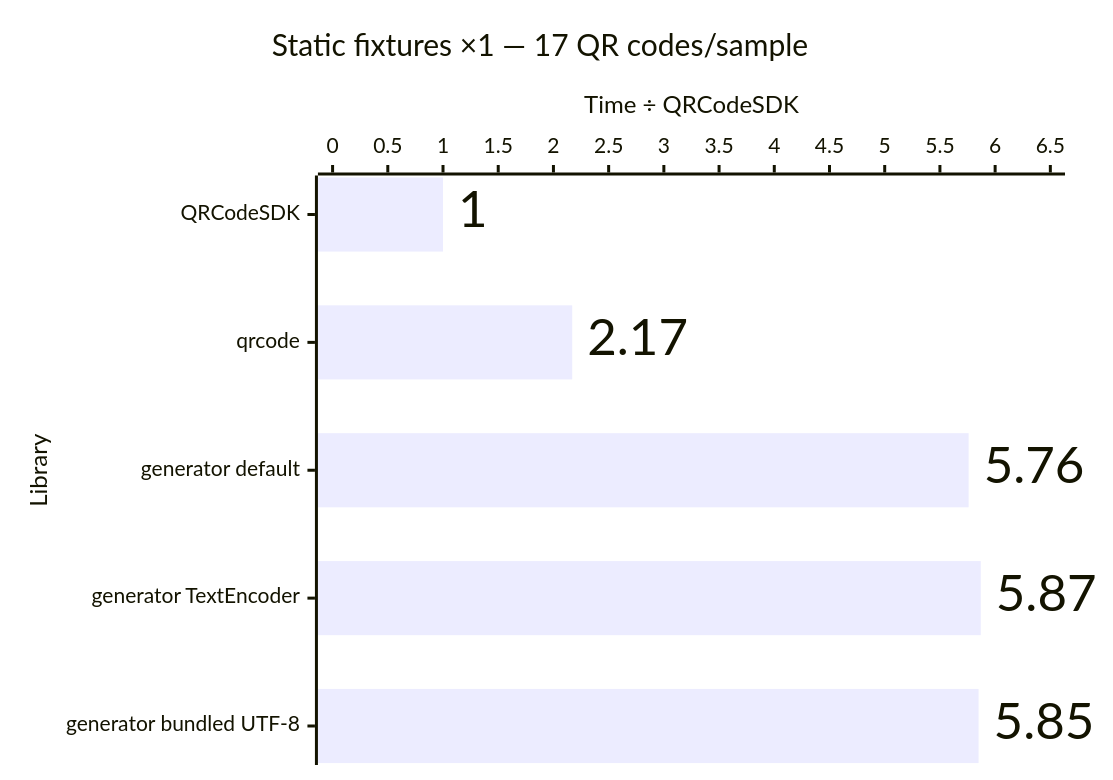
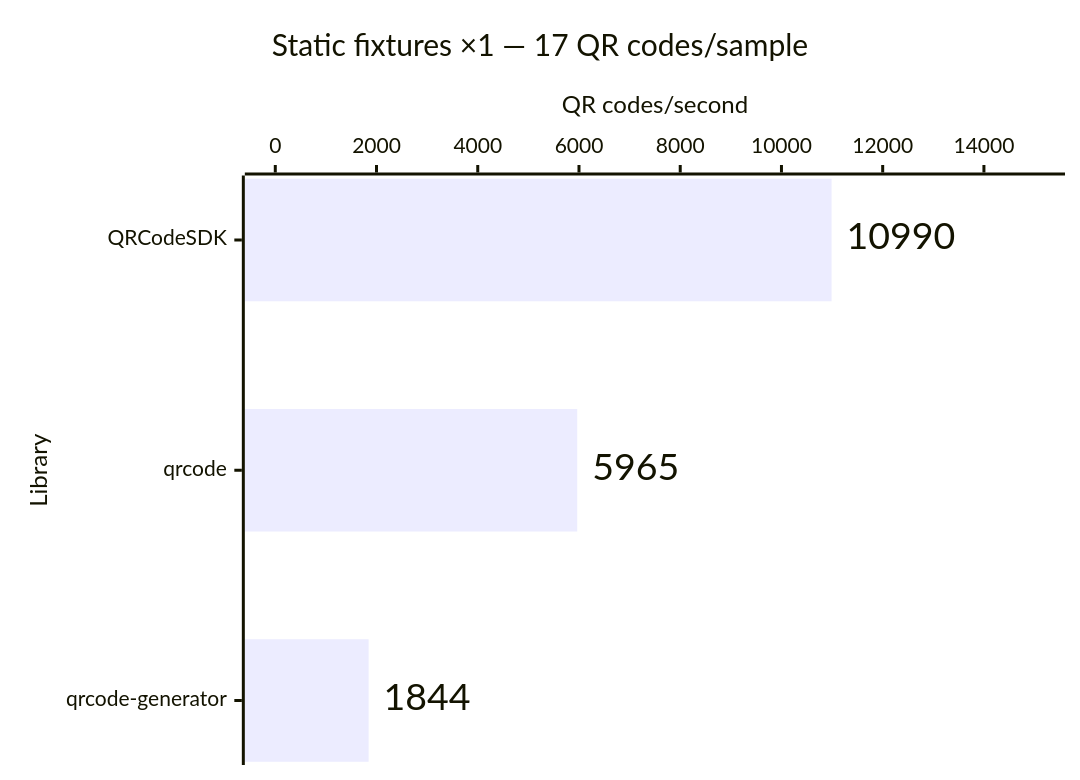
The first of 14 diagrams in apps/docs/src/content/docs/learn/performance.md (Dafnik/qrcodesdk), drawn with Mermaid before and after one commit. The commit also changed other lines of this file and 21 other files, not shown here.

````diff
--- a/apps/docs/src/content/docs/learn/performance.md
+++ b/apps/docs/src/content/docs/learn/performance.md
@@ -26,15 +29,15 @@
 ```mermaid
 ---
 config:
   xyChart:
     showDataLabel: true
     showDataLabelOutsideBar: true
 ---
 xychart horizontal
   accTitle: Matrix generation: Static fixtures ×1 — 17 QR codes/sample
-  accDescr: Relative median time compared with QRCodeSDK. QRCodeSDK 1.00 times, qrcode 2.17 times, generator default 5.76 times, generator TextEncoder 5.87 times, generator bundled UTF-8 5.85 times. Lower is better.
+  accDescr: Throughput calculated from median time. QRCodeSDK 10,990 QR codes per second, qrcode 5,965 QR codes per second, qrcode-generator 1,844 QR codes per second. Higher is better.
   title "Static fixtures ×1 — 17 QR codes/sample"
-  x-axis "Library" ["QRCodeSDK", "qrcode", "generator default", "generator TextEncoder", "generator bundled UTF-8"]
-  y-axis "Time ÷ QRCodeSDK" 0 --> 6.5
-  bar [1.00, 2.17, 5.76, 5.87, 5.85]
+  x-axis "Library" ["QRCodeSDK", "qrcode", "qrcode-generator"]
+  y-axis "QR codes/second" 0 --> 15000
+  bar [10990, 5965, 1844]
 ```
````
